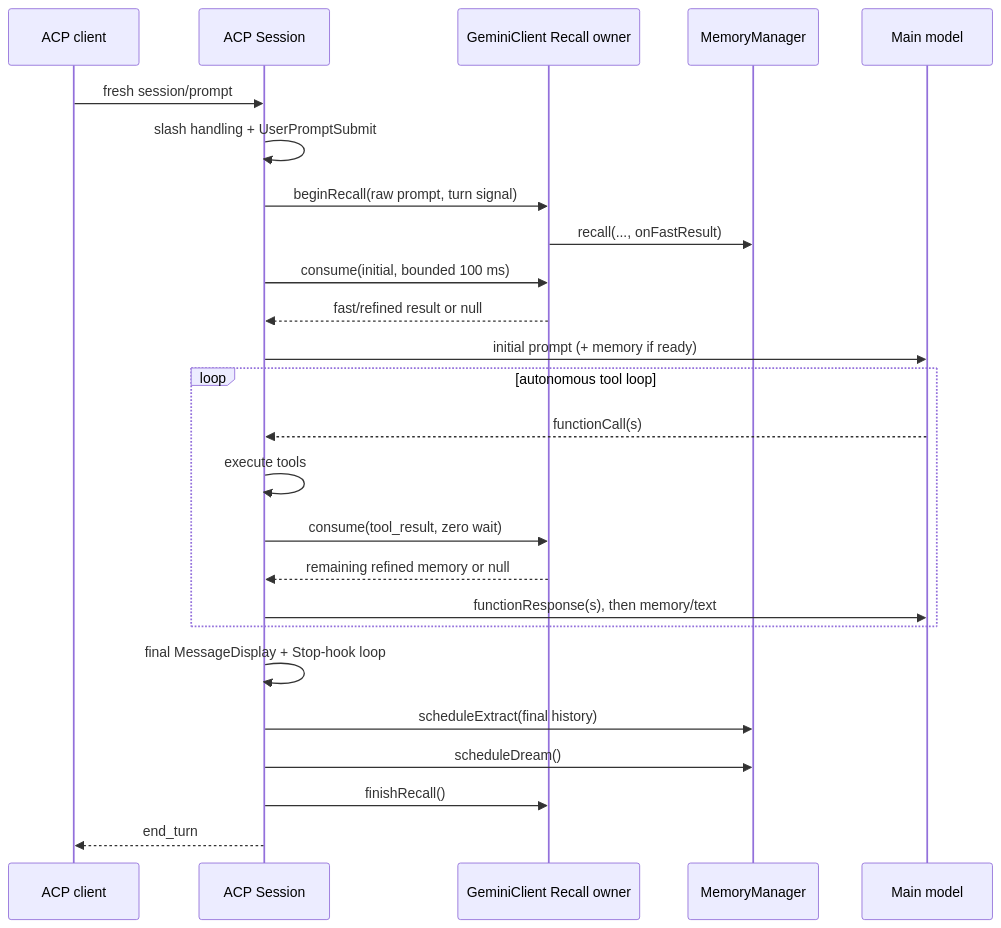
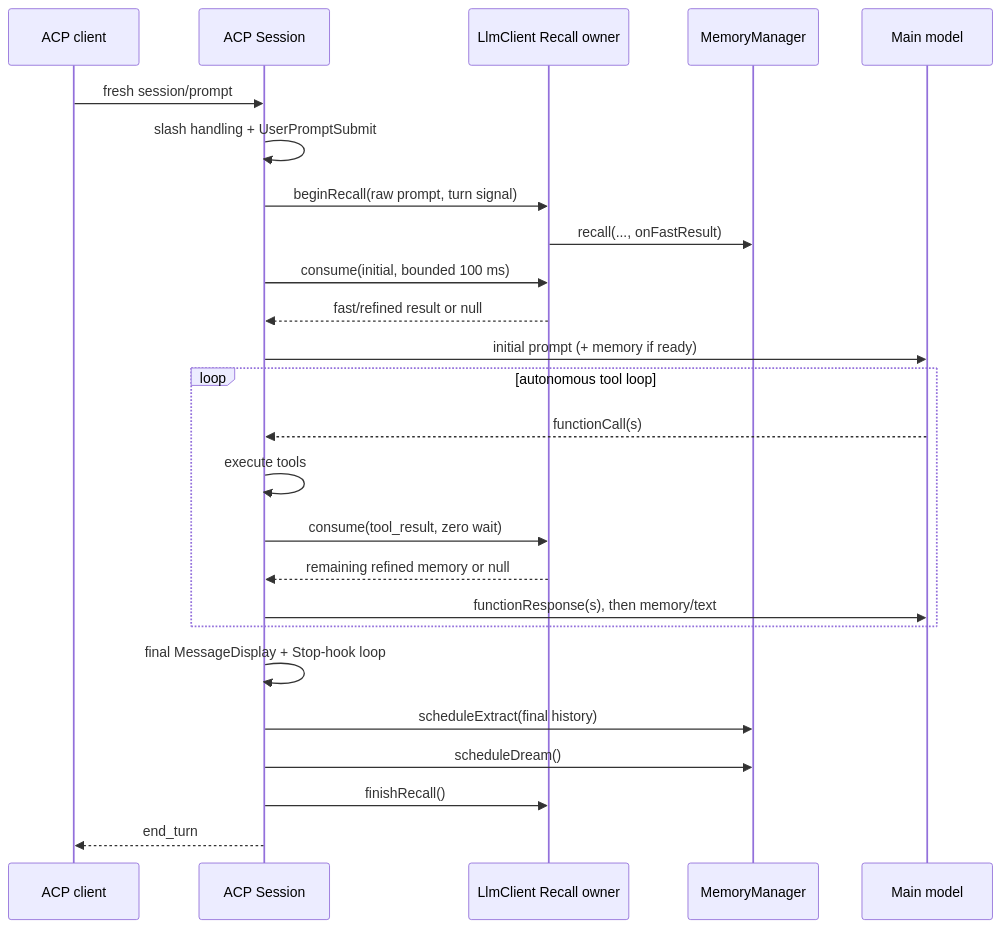
Before and after one commit to QwenLM/qwen-code: the diagram in docs/design/auto-memory/acp-managed-auto-memory.md, drawn with Mermaid. The commit also changed other lines of this file and 237 other files, not shown here.

First line of the commit message:
refactor(core,cli): rename generic Gemini identifiers to Llm (#10124)

````diff
--- a/docs/design/auto-memory/acp-managed-auto-memory.md
+++ b/docs/design/auto-memory/acp-managed-auto-memory.md
@@ -405,30 +405,30 @@
 ```mermaid
 sequenceDiagram
     participant C as ACP client
     participant S as ACP Session
-    participant G as GeminiClient Recall owner
+    participant G as LlmClient Recall owner
     participant M as MemoryManager
     participant L as Main model
 
     C->>S: fresh session/prompt
     S->>S: slash handling + UserPromptSubmit
     S->>G: beginRecall(raw prompt, turn signal)
     G->>M: recall(..., onFastResult)
     S->>G: consume(initial, bounded 100 ms)
     G-->>S: fast/refined result or null
     S->>L: initial prompt (+ memory if ready)
 
     loop autonomous tool loop
         L-->>S: functionCall(s)
         S->>S: execute tools
         S->>G: consume(tool_result, zero wait)
         G-->>S: remaining refined memory or null
         S->>L: functionResponse(s), then memory/text
     end
 
     S->>S: final MessageDisplay + Stop-hook loop
     S->>M: scheduleExtract(final history)
     S->>M: scheduleDream()
     S->>G: finishRecall()
     S-->>C: end_turn
 ```
````
